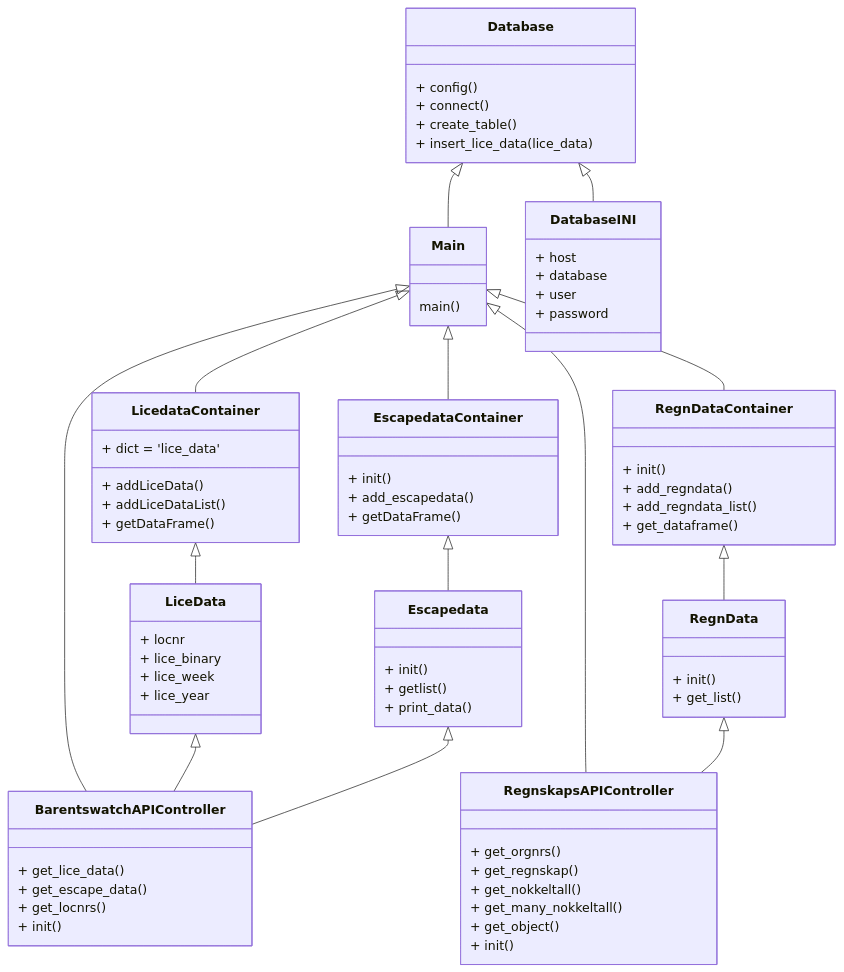
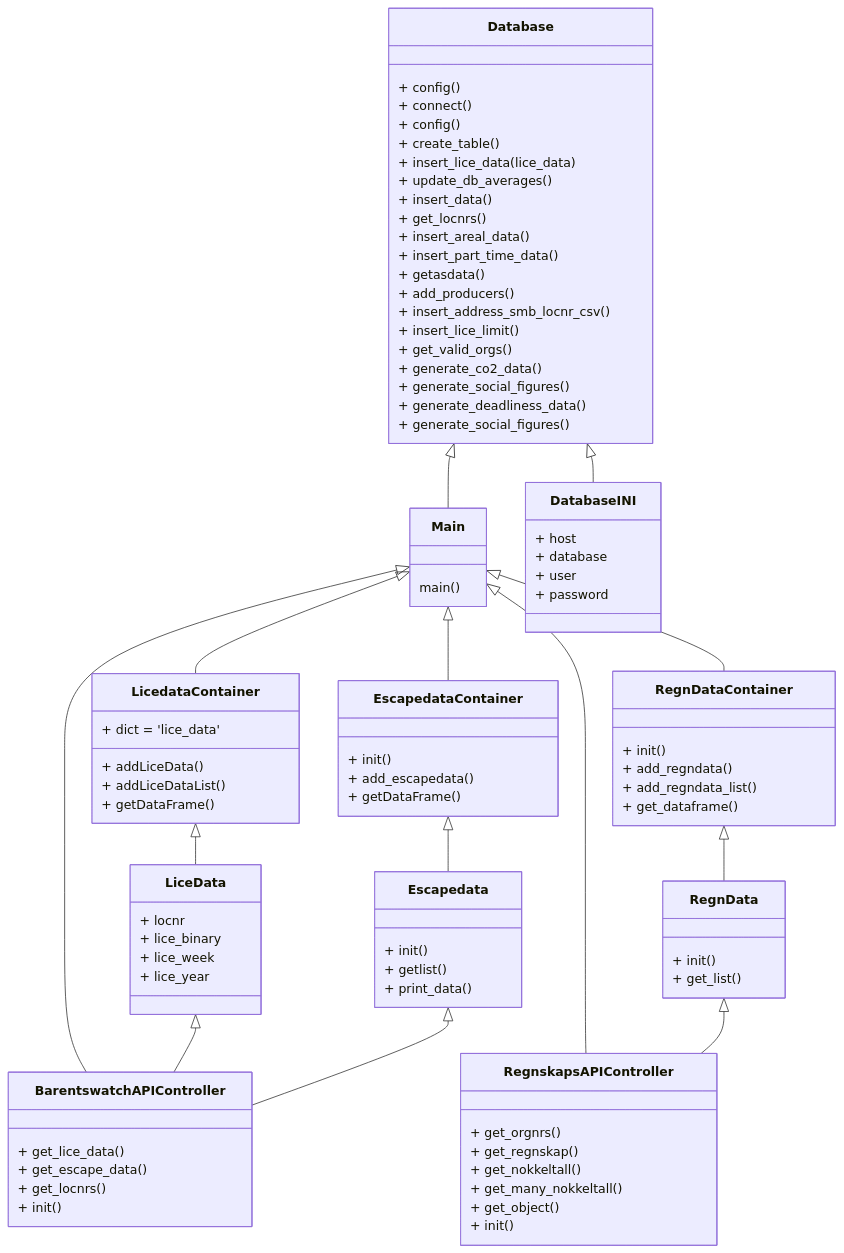
The diagram in Documentation/class_diagram.md (brreg/sommercamp2022), drawn with Mermaid before and after one commit.

```diff
--- a/Documentation/class_diagram.md
+++ b/Documentation/class_diagram.md
@@ -42,8 +42,24 @@
     class Database {
       + config()
 	  + connect()
+	  + config()
 	  + create_table()
 	  + insert_lice_data(lice_data)
+	  + update_db_averages()
+	  + insert_data()
+	  + get_locnrs()
+	  + insert_areal_data()
+	  + insert_part_time_data()
+	  + getasdata()
+	  + add_producers()
+	  + insert_address_smb_locnr_csv()
+	  + insert_lice_limit()
+	  + get_valid_orgs()
+	  + generate_co2_data()
+	  + generate_social_figures()
+	  + generate_deadliness_data()
+	  + generate_social_figures()
+	  
     }
 	    
 	class DatabaseINI {
```
